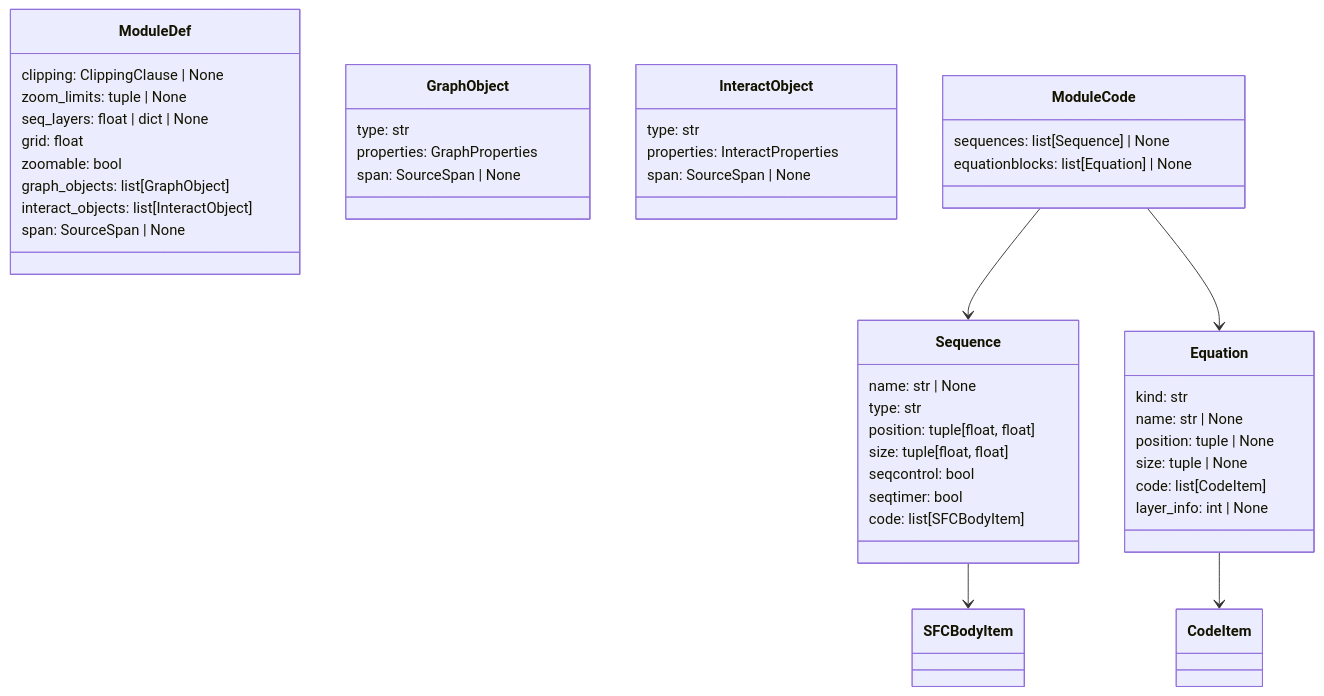
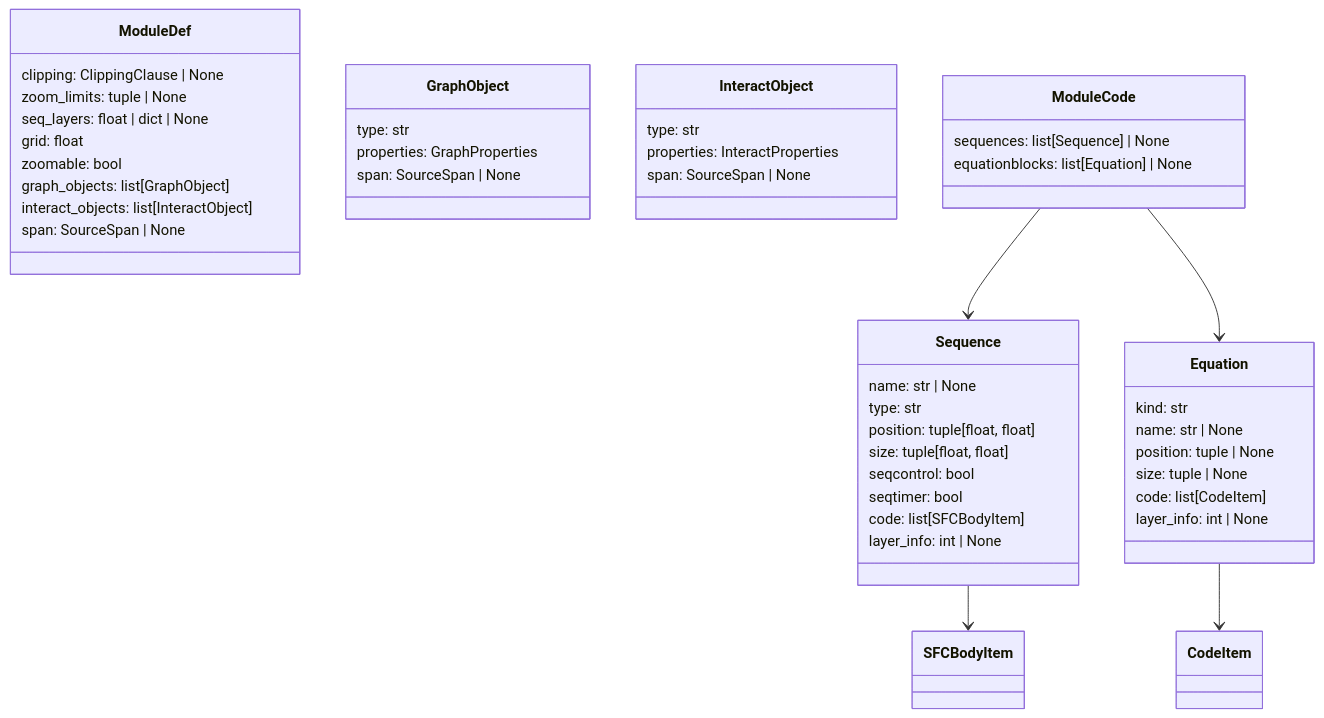
Before and after one commit to SorenHJohansen/sattline-parser: the third of 6 diagrams in docs/ast.md, drawn with Mermaid. The commit also changed other lines of this file and 157 other files, not shown here.

````diff
--- a/docs/ast.md
+++ b/docs/ast.md
@@ -176,54 +202,55 @@
 ```mermaid
 classDiagram
     class ModuleDef {
         clipping: ClippingClause | None
         zoom_limits: tuple | None
         seq_layers: float | dict | None
         grid: float
         zoomable: bool
         graph_objects: list[GraphObject]
         interact_objects: list[InteractObject]
         span: SourceSpan | None
     }
 
     class GraphObject {
         type: str
         properties: GraphProperties
         span: SourceSpan | None
     }
 
     class InteractObject {
         type: str
         properties: InteractProperties
         span: SourceSpan | None
     }
 
     class ModuleCode {
         sequences: list[Sequence] | None
         equationblocks: list[Equation] | None
     }
 
     class Sequence {
         name: str | None
         type: str
         position: tuple[float, float]
         size: tuple[float, float]
         seqcontrol: bool
         seqtimer: bool
         code: list[SFCBodyItem]
+        layer_info: int | None
     }
 
     class Equation {
         kind: str
         name: str | None
         position: tuple | None
         size: tuple | None
         code: list[CodeItem]
         layer_info: int | None
     }
 
     ModuleCode --> Sequence
     ModuleCode --> Equation
     Sequence --> SFCBodyItem
     Equation --> CodeItem
 ```
````
